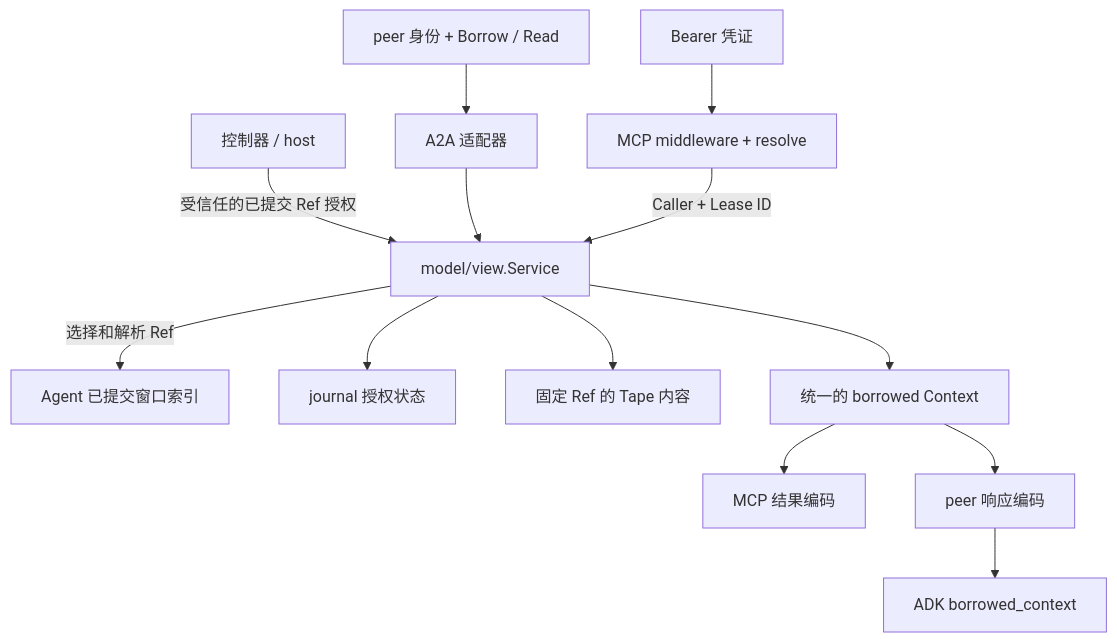
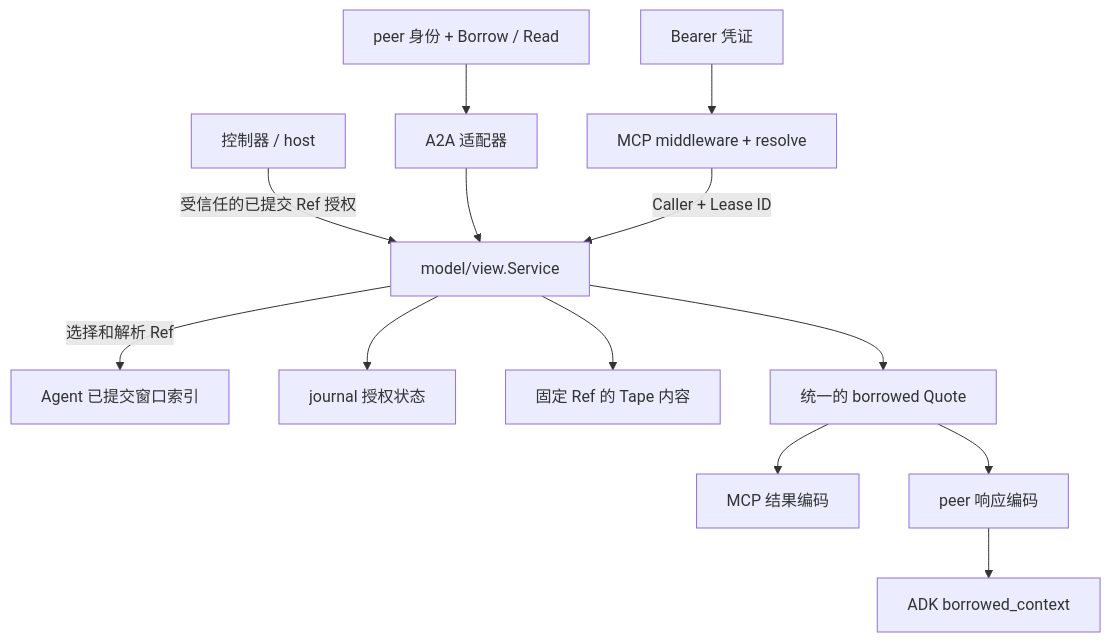
Before and after one commit to anra-studio/anra: the second of 2 diagrams in docs/designs/shared-view-design.md, drawn with Mermaid. The commit also changed other lines of this file, not shown here.

Commit message:
docs: name borrowed view results Quote

````diff
--- a/docs/designs/shared-view-design.md
+++ b/docs/designs/shared-view-design.md
@@ -126,15 +126,15 @@
 ```mermaid
 flowchart TD
     Controller[控制器 / host] -->|受信任的已提交 Ref 授权| Service[model/view.Service]
     Peer[peer 身份 + Borrow / Read] --> A2A[A2A 适配器]
     A2A --> Service
     Token[Bearer 凭证] --> MCP[MCP middleware + resolve]
     MCP -->|Caller + Lease ID| Service
     Service -->|选择和解析 Ref| Agent[Agent 已提交窗口索引]
     Service --> Journal[journal 授权状态]
     Service --> Tape[固定 Ref 的 Tape 内容]
-    Service --> Context[统一的 borrowed Context]
-    Context --> MCPResponse[MCP 结果编码]
-    Context --> PeerResponse[peer 响应编码]
+    Service --> Quote[统一的 borrowed Quote]
+    Quote --> MCPResponse[MCP 结果编码]
+    Quote --> PeerResponse[peer 响应编码]
     PeerResponse --> Tool[ADK borrowed_context]
 ```
````
